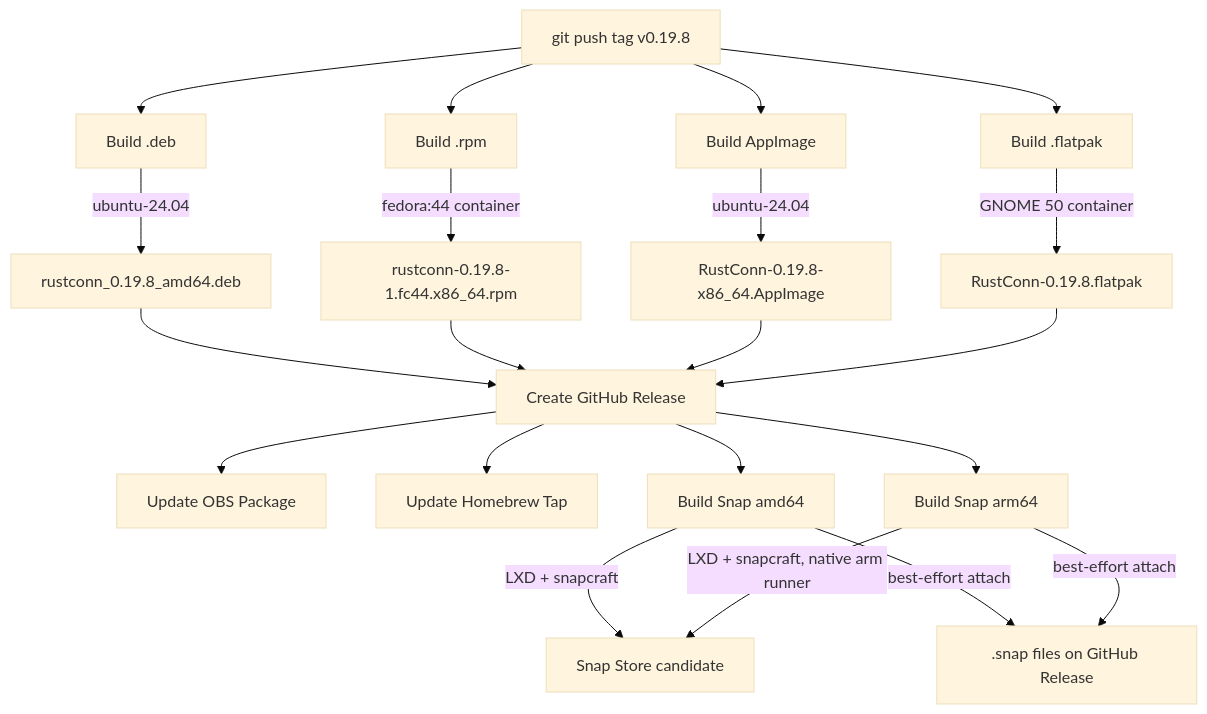
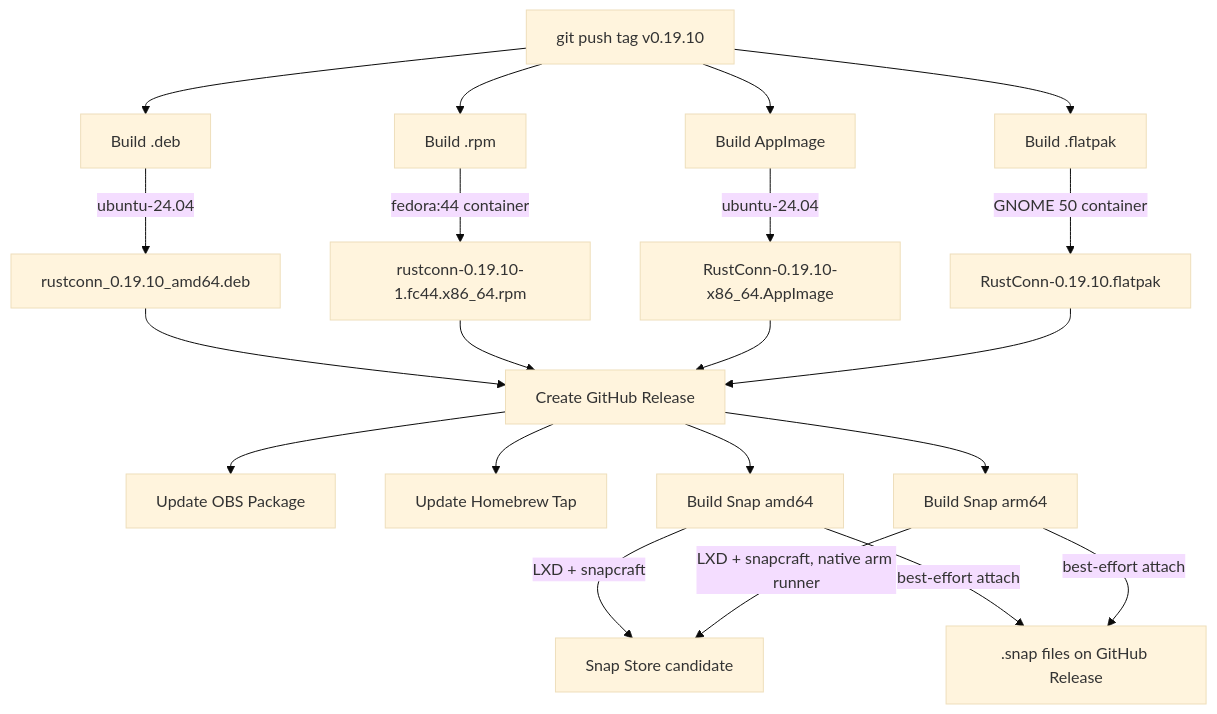
One commit to philclifford/RustConn changed the third of 6 diagrams in docs/CI_BUILD_FLOW.md. Above: the diagram before and after it, drawn with Mermaid (base theme). The commit also changed other lines of this file and 24 other files, not shown here.

````diff
--- a/docs/CI_BUILD_FLOW.md
+++ b/docs/CI_BUILD_FLOW.md
@@ -67,26 +67,26 @@
 ```mermaid
 graph TD
-    Tag[git push tag v0.19.8] --> BuildDeb[Build .deb]
+    Tag[git push tag v0.19.10] --> BuildDeb[Build .deb]
     Tag --> BuildRPM[Build .rpm]
     Tag --> BuildAppImage[Build AppImage]
     Tag --> BuildFlatpak[Build .flatpak]
 
-    BuildDeb --> |ubuntu-24.04| DebArtifact[rustconn_0.19.8_amd64.deb]
-    BuildRPM --> |fedora:44 container| RPMArtifact[rustconn-0.19.8-1.fc44.x86_64.rpm]
-    BuildAppImage --> |ubuntu-24.04| AppImageArtifact[RustConn-0.19.8-x86_64.AppImage]
-    BuildFlatpak --> |GNOME 50 container| FlatpakArtifact[RustConn-0.19.8.flatpak]
+    BuildDeb --> |ubuntu-24.04| DebArtifact[rustconn_0.19.10_amd64.deb]
+    BuildRPM --> |fedora:44 container| RPMArtifact[rustconn-0.19.10-1.fc44.x86_64.rpm]
+    BuildAppImage --> |ubuntu-24.04| AppImageArtifact[RustConn-0.19.10-x86_64.AppImage]
+    BuildFlatpak --> |GNOME 50 container| FlatpakArtifact[RustConn-0.19.10.flatpak]
 
     DebArtifact --> Release[Create GitHub Release]
     RPMArtifact --> Release
     AppImageArtifact --> Release
     FlatpakArtifact --> Release
 
     Release --> UpdateOBS[Update OBS Package]
     Release --> Brew[Update Homebrew Tap]
     Release --> SnapAmd64[Build Snap amd64]
     Release --> SnapArm64[Build Snap arm64]
     SnapAmd64 --> |LXD + snapcraft| SnapStore[Snap Store candidate]
     SnapArm64 --> |LXD + snapcraft, native arm runner| SnapStore
     SnapAmd64 --> |best-effort attach| SnapAsset[.snap files on GitHub Release]
     SnapArm64 --> |best-effort attach| SnapAsset
 ```
````
